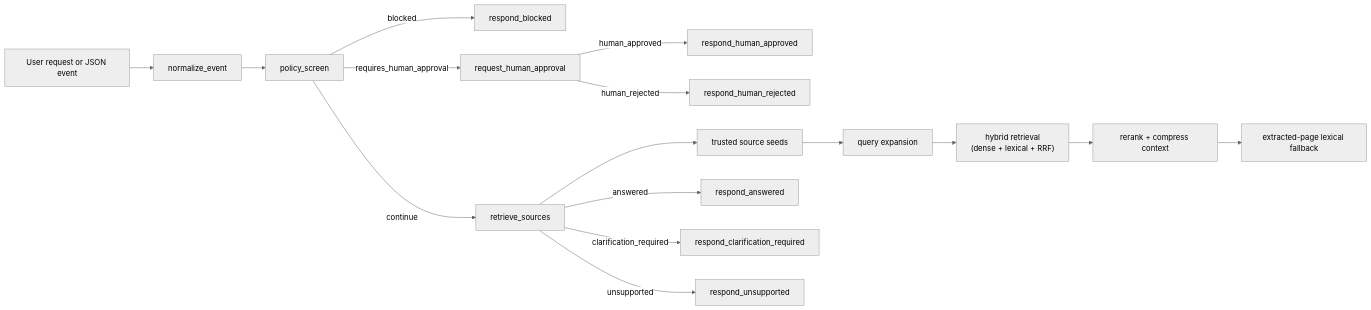
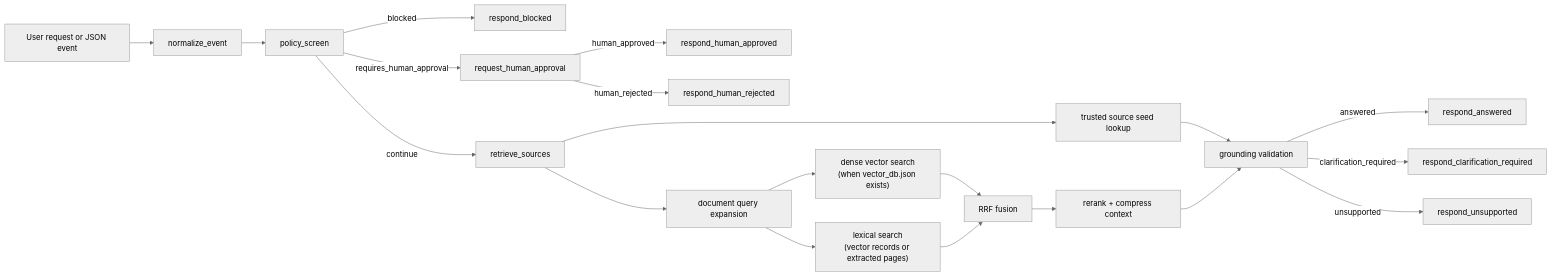
One commit to Ramisa1231/CouncilQ changed the diagram in README.md. Above: the diagram before and after it, drawn with Mermaid (neutral theme). The commit also changed other lines of this file and 1 other file, not shown here.

Commit message:
Clarify retrieval pipeline in docs
Update README and architecture docs to match the current retrieval flow: trusted source seed lookup first, document RAG fallback with deterministic query expansion, conditional dense search, lexical search over vector/extracted records, RRF fusion, reranking/compression, and grounding validation before response routing. Also clarifies retrieval telemetry logging in `data/indexes/retrieval_logs.jsonl` and refreshes the runtime module list.

````diff
--- a/README.md
+++ b/README.md
@@ -36,18 +37,22 @@
 ```mermaid
 flowchart LR
   U["User request or JSON event"] --> N["normalize_event"]
   N --> P["policy_screen"]
   P -->|blocked| RB["respond_blocked"]
   P -->|requires_human_approval| H["request_human_approval"]
   H -->|human_approved| HA["respond_human_approved"]
   H -->|human_rejected| HR["respond_human_rejected"]
   P -->|continue| R["retrieve_sources"]
-  R --> D["trusted source seeds"]
-  D --> Q["query expansion"]
-  Q --> HY["hybrid retrieval<br/>(dense + lexical + RRF)"]
-  HY --> K["rerank + compress context"]
-  K --> L["extracted-page lexical fallback"]
-  R -->|answered| RA["respond_answered"]
-  R -->|clarification_required| RC["respond_clarification_required"]
-  R -->|unsupported| RU["respond_unsupported"]
+  R --> S["trusted source seed lookup"]
+  R --> Q["document query expansion"]
+  Q --> V["dense vector search<br/>(when vector_db.json exists)"]
+  Q --> L["lexical search<br/>(vector records or extracted pages)"]
+  V --> F["RRF fusion"]
+  L --> F
+  F --> K["rerank + compress context"]
+  S --> G["grounding validation"]
+  K --> G
+  G -->|answered| RA["respond_answered"]
+  G -->|clarification_required| RC["respond_clarification_required"]
+  G -->|unsupported| RU["respond_unsupported"]
 ```
````
